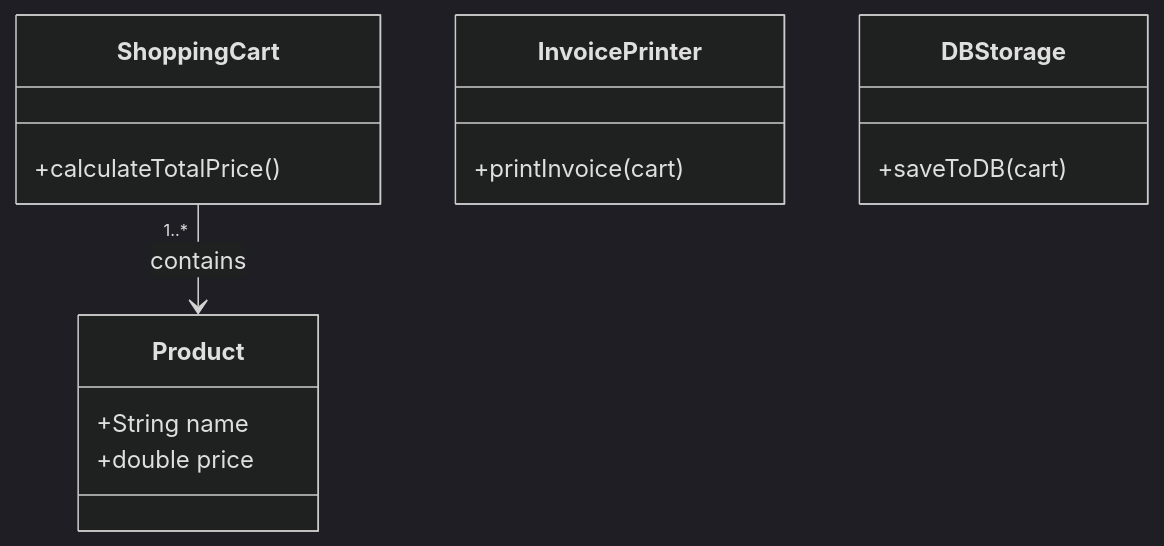
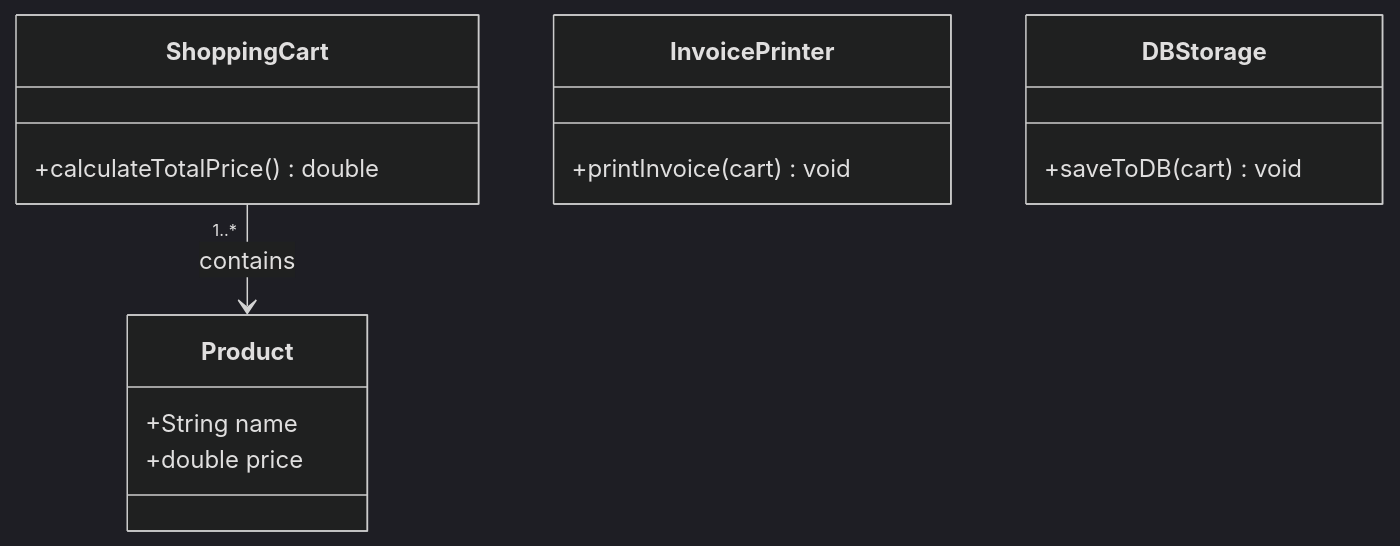
One commit to rajromil/System-Design changed the second of 4 diagrams in SOLID PRINCIPLES/NOTES.md. Above: the diagram before and after it, drawn with Mermaid (dark theme). The commit also changed other lines of this file, not shown here.

````diff
--- a/SOLID PRINCIPLES/NOTES.md
+++ b/SOLID PRINCIPLES/NOTES.md
@@ -115,17 +103,17 @@
 ```mermaid
 classDiagram
     class Product {
         +String name
         +double price
     }
     class ShoppingCart {
-        +calculateTotalPrice()
+        +calculateTotalPrice() double
     }
     class InvoicePrinter {
-        +printInvoice(cart)
+        +printInvoice(cart) void
     }
     class DBStorage {
-        +saveToDB(cart)
+        +saveToDB(cart) void
     }
     ShoppingCart "1..*" --> Product : contains
 ```
````
